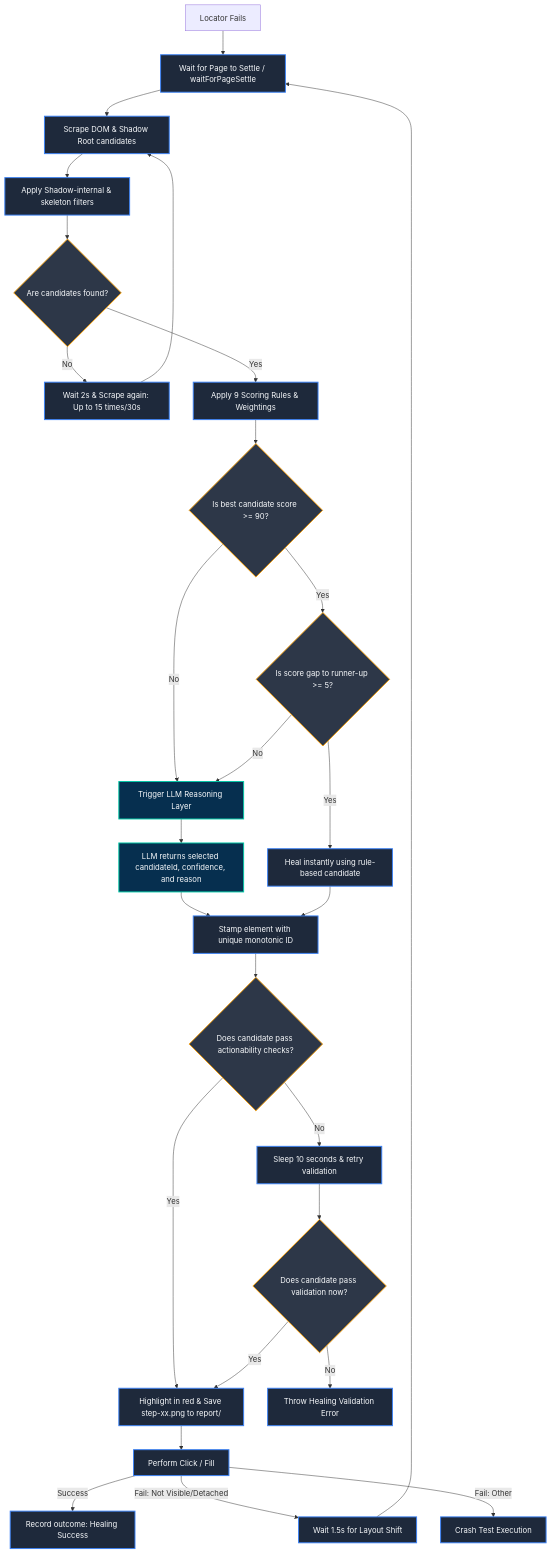
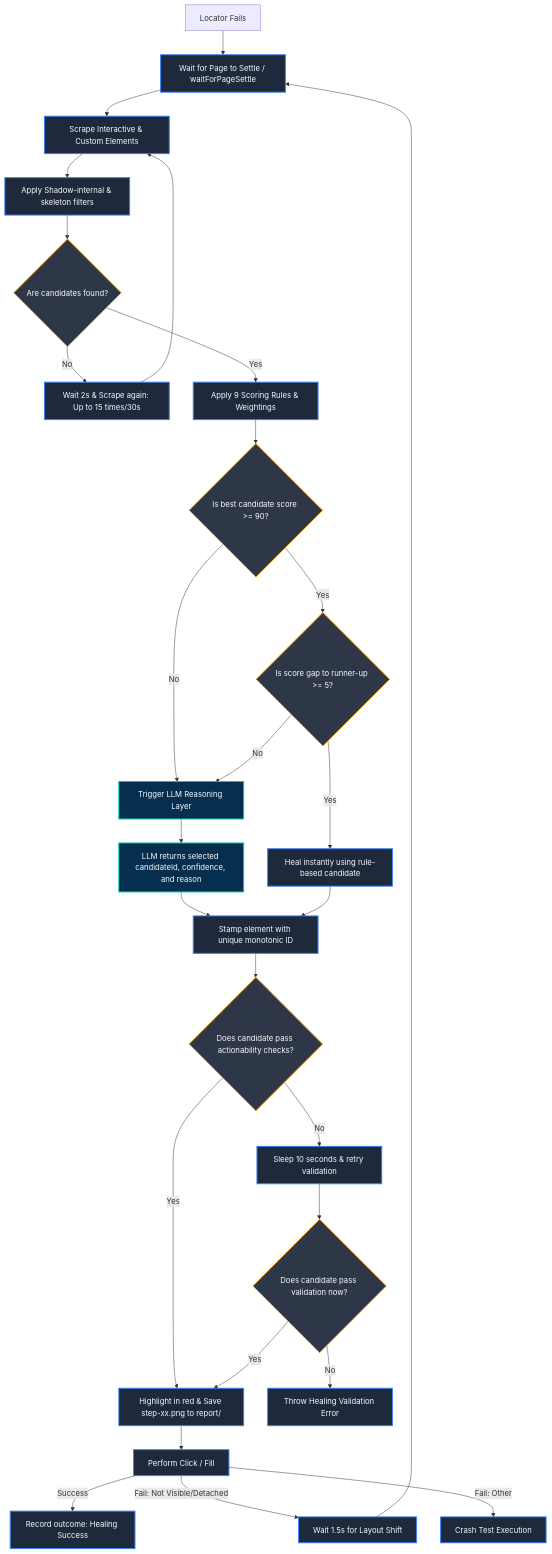
The second of 5 diagrams in docs/project-architecture.md (shambhoo-narwaria/reLOCATE.AI-Intelligent-Element-Recovery-Engine), drawn with Mermaid before and after one commit. The commit also changed other lines of this file and 143 other files, not shown here.

````diff
--- a/docs/project-architecture.md
+++ b/docs/project-architecture.md
@@ -50,44 +50,44 @@
 ```mermaid
 flowchart TD
     %% Styling
     classDef condition fill:#2d3748,stroke:#f59e0b,stroke-width:2px,color:#f8fafc;
     classDef action fill:#1e293b,stroke:#3b82f6,stroke-width:2px,color:#f8fafc;
     classDef aiAction fill:#062f4f,stroke:#00c9a7,stroke-width:2px,color:#f8fafc;
 
     Start[Locator Fails] --> Stabilize[Wait for Page to Settle / waitForPageSettle]:::action
-    Stabilize --> Scrape[Scrape DOM & Shadow Root candidates]:::action
+    Stabilize --> Scrape[Scrape Interactive & Custom Elements]:::action
     Scrape --> Filter[Apply Shadow-internal & skeleton filters]:::action
     
     Filter --> CandidateCheck{Are candidates found?}:::condition
     CandidateCheck -->|No| RetryWait[Wait 2s & Scrape again: Up to 15 times/30s]:::action
     RetryWait --> Scrape
     
     CandidateCheck -->|Yes| Score[Apply 9 Scoring Rules & Weightings]:::action
     
     Score --> MaxScoreCheck{Is best candidate score >= 90?}:::condition
     
     MaxScoreCheck -->|No| TriggerAI[Trigger LLM Reasoning Layer]:::aiAction
     MaxScoreCheck -->|Yes| MarginCheck{Is score gap to runner-up >= 5?}:::condition
     
     MarginCheck -->|No| TriggerAI
     MarginCheck -->|Yes| RuleHeal[Heal instantly using rule-based candidate]:::action
     
     TriggerAI --> AISelect[LLM returns selected candidateId, confidence, and reason]:::aiAction
     AISelect --> TargetStamp[Stamp element with unique monotonic ID]:::action
     RuleHeal --> TargetStamp
     
     TargetStamp --> Validate{Does candidate pass actionability checks?}:::condition
     
     Validate -->|Yes| Highlight[Highlight in red & Save step-xx.png to report/]:::action
     Validate -->|No| ExtraWait[Sleep 10 seconds & retry validation]:::action
     
     ExtraWait --> Validate2{Does candidate pass validation now?}:::condition
     Validate2 -->|Yes| Highlight
     Validate2 -->|No| Fail[Throw Healing Validation Error]:::action
     
     Highlight --> Action[Perform Click / Fill]:::action
     Action -->|Success| Success[Record outcome: Healing Success]:::action
     Action -->|Fail: Not Visible/Detached| RetryDelay[Wait 1.5s for Layout Shift]:::action
     RetryDelay --> Stabilize
     Action -->|Fail: Other| HardFail[Crash Test Execution]:::action
 ```
````
